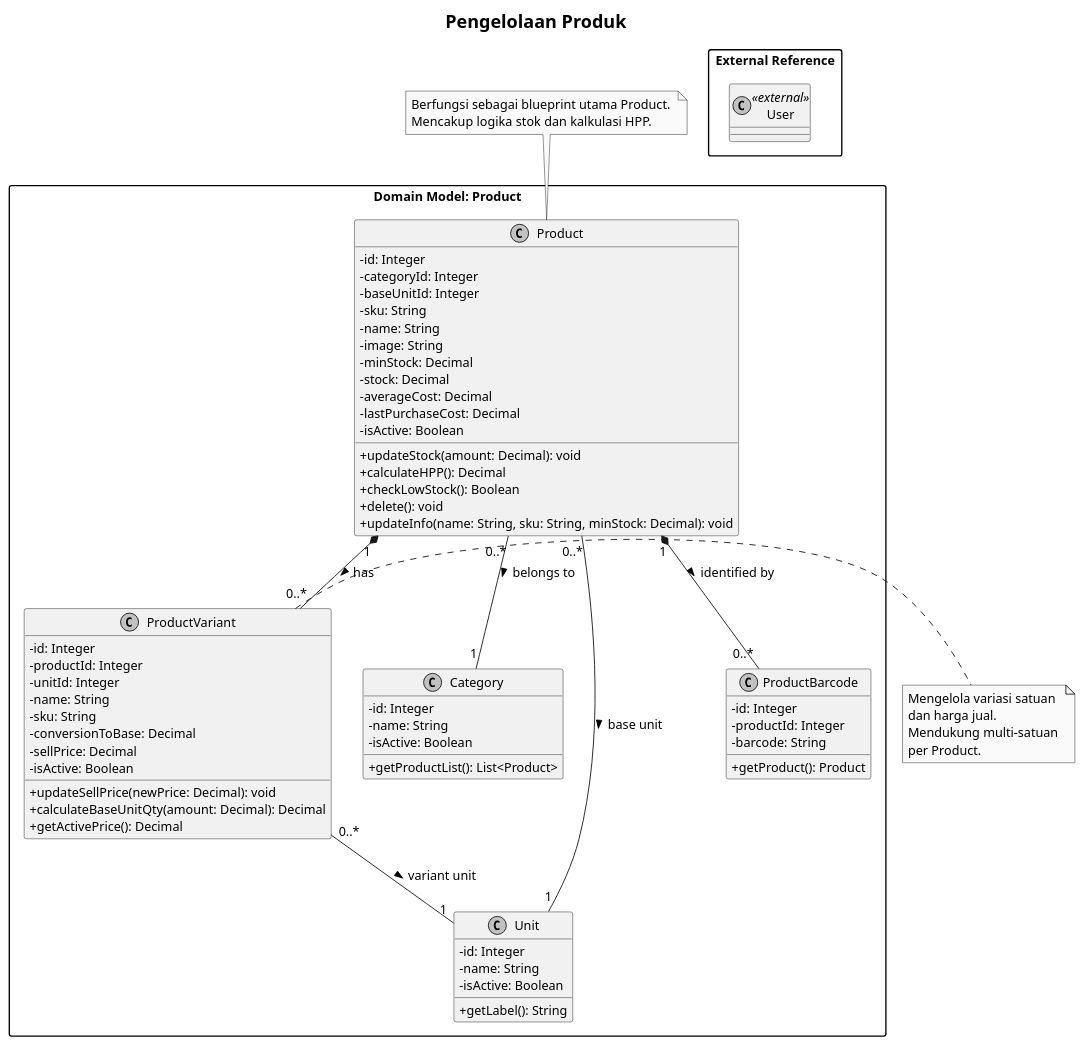
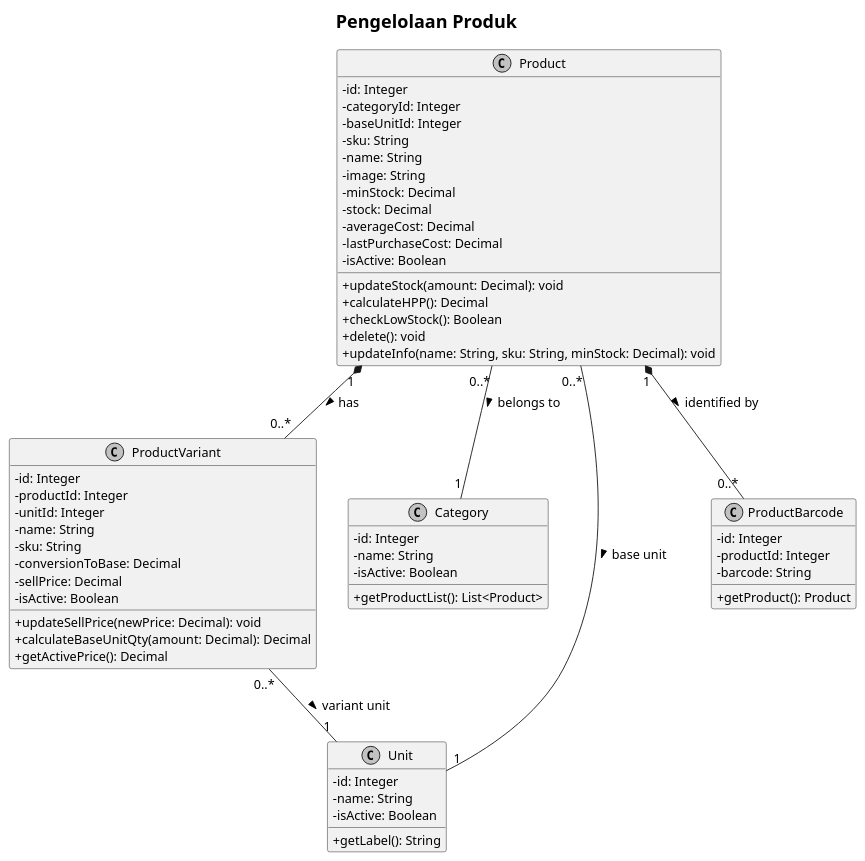
The diagram in docs/uml-class-module-a-product.puml (Aditiarzky/pos-app), drawn with PlantUML before and after one commit. The commit also changed 35 other files, not shown here.

```diff
--- a/docs/uml-class-module-a-product.puml
+++ b/docs/uml-class-module-a-product.puml
@@ -1,96 +1,77 @@
 @startuml Modul_A_Pengelolaan_Produk
 
 ' Pengaturan visual agar profesional dan fungsional
 skinparam classAttributeIconSize 0
 skinparam monochrome true
 skinparam packageStyle rectangle
 skinparam shadowing false
 skinparam defaultFontName "Arial"
 skinparam defaultFontSize 14
 skinparam titleFontSize 20
 
 title Pengelolaan Produk
 
-package "Domain Model: Product" {
     class Product {
         - id: Integer
         - categoryId: Integer
         - baseUnitId: Integer
         - sku: String
         - name: String
         - image: String
         - minStock: Decimal
         - stock: Decimal
         - averageCost: Decimal
         - lastPurchaseCost: Decimal
         - isActive: Boolean
         + updateStock(amount: Decimal): void
         + calculateHPP(): Decimal
         + checkLowStock(): Boolean
         + delete(): void
         + updateInfo(name: String, sku: String, minStock: Decimal): void
     }
 
     class ProductVariant {
         - id: Integer
         - productId: Integer
         - unitId: Integer
         - name: String
         - sku: String
         - conversionToBase: Decimal
         - sellPrice: Decimal
         - isActive: Boolean
         + updateSellPrice(newPrice: Decimal): void
         + calculateBaseUnitQty(amount: Decimal): Decimal
         + getActivePrice(): Decimal
     }
 
     class Category {
         - id: Integer
         - name: String
         - isActive: Boolean
         + getProductList(): List<Product>
     }
 
     class Unit {
         - id: Integer
         - name: String
         - isActive: Boolean
         + getLabel(): String
     }
 
     class ProductBarcode {
         - id: Integer
         - productId: Integer
         - barcode: String
         + getProduct(): Product
     }
 
     ' Relationships
     Product "1" *-- "0..*" ProductVariant : has >
     Product "1" *-- "0..*" ProductBarcode : identified by >
     Product "0..*" -- "1" Category : belongs to >
     Product "0..*" -- "1" Unit : base unit >
     ProductVariant "0..*" -- "1" Unit : variant unit >
-}
 
-package "External Reference" {
-    class User <<external>> {
-        ' Digunakan sebagai aktor/creator
-    }
-}
 
-' Catatan Fungsional
-note top of Product
-  Berfungsi sebagai blueprint utama Product. 
-  Mencakup logika stok dan kalkulasi HPP.
-end note
-
-note right of ProductVariant
-  Mengelola variasi satuan 
-  dan harga jual.
-  Mendukung multi-satuan 
-  per Product.
-end note
 
 @enduml
```
